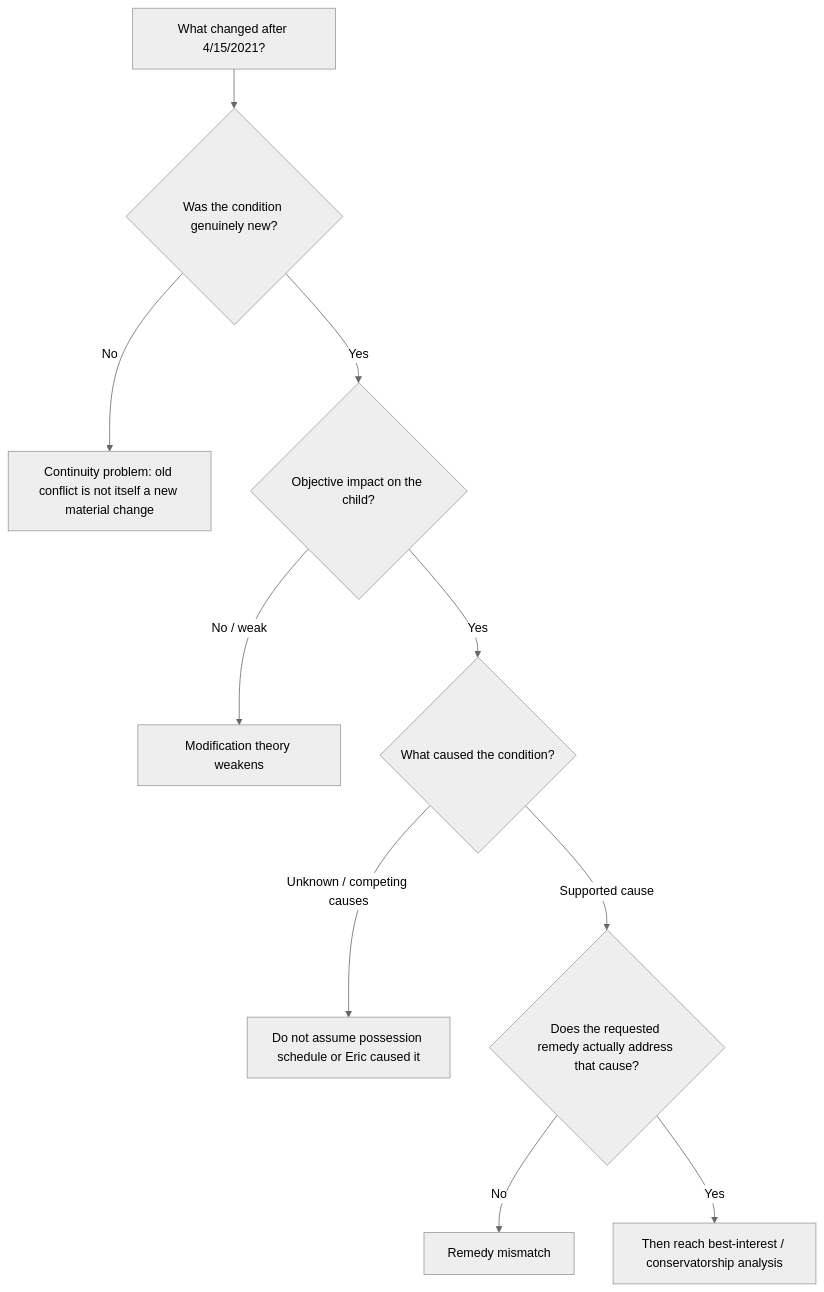
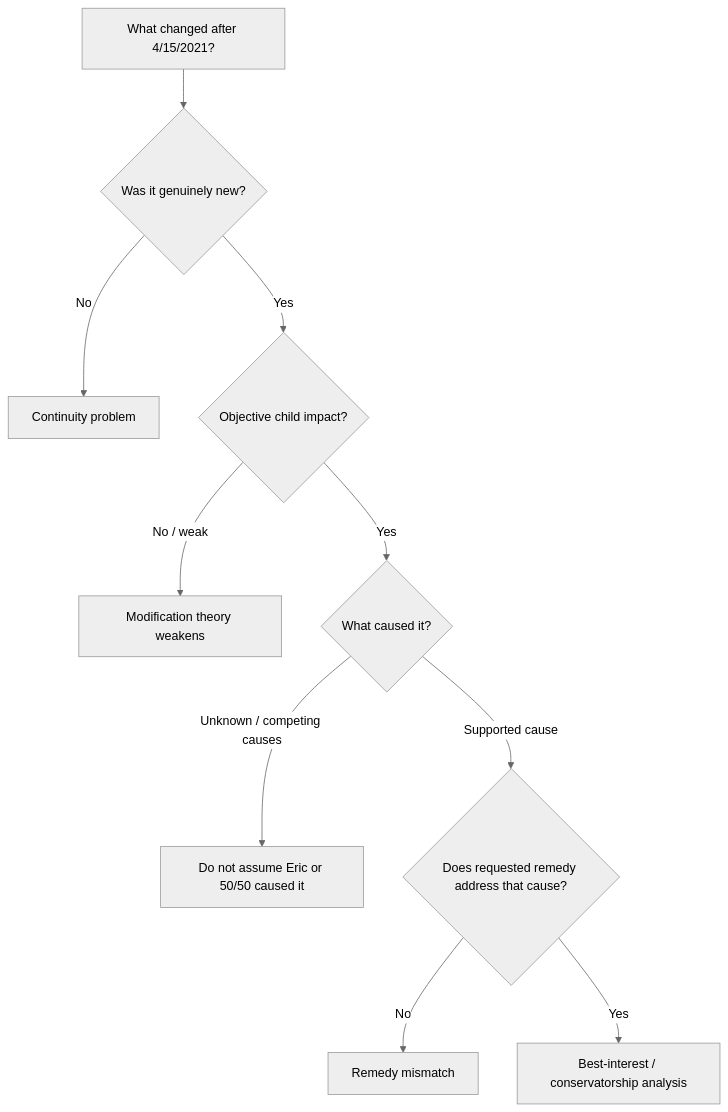
One commit to ericwright85/2026-custody-file changed the first of 2 diagrams in README.md. Above: the diagram before and after it, drawn with Mermaid (neutral theme). The commit also changed other lines of this file, not shown here.

````diff
--- a/README.md
+++ b/README.md
@@ -99,12 +138,12 @@
 ```mermaid
 flowchart TD
-    A[What changed after 4/15/2021?] --> B{Was the condition genuinely new?}
-    B -- No --> C[Continuity problem: old conflict is not itself a new material change]
-    B -- Yes --> D{Objective impact on the child?}
+    A[What changed after 4/15/2021?] --> B{Was it genuinely new?}
+    B -- No --> C[Continuity problem]
+    B -- Yes --> D{Objective child impact?}
     D -- No / weak --> E[Modification theory weakens]
-    D -- Yes --> F{What caused the condition?}
-    F -- Unknown / competing causes --> G[Do not assume possession schedule or Eric caused it]
-    F -- Supported cause --> H{Does the requested remedy actually address that cause?}
+    D -- Yes --> F{What caused it?}
+    F -- Unknown / competing causes --> G[Do not assume Eric or 50/50 caused it]
+    F -- Supported cause --> H{Does requested remedy address that cause?}
     H -- No --> I[Remedy mismatch]
-    H -- Yes --> J[Then reach best-interest / conservatorship analysis]
+    H -- Yes --> J[Best-interest / conservatorship analysis]
 ```
````
